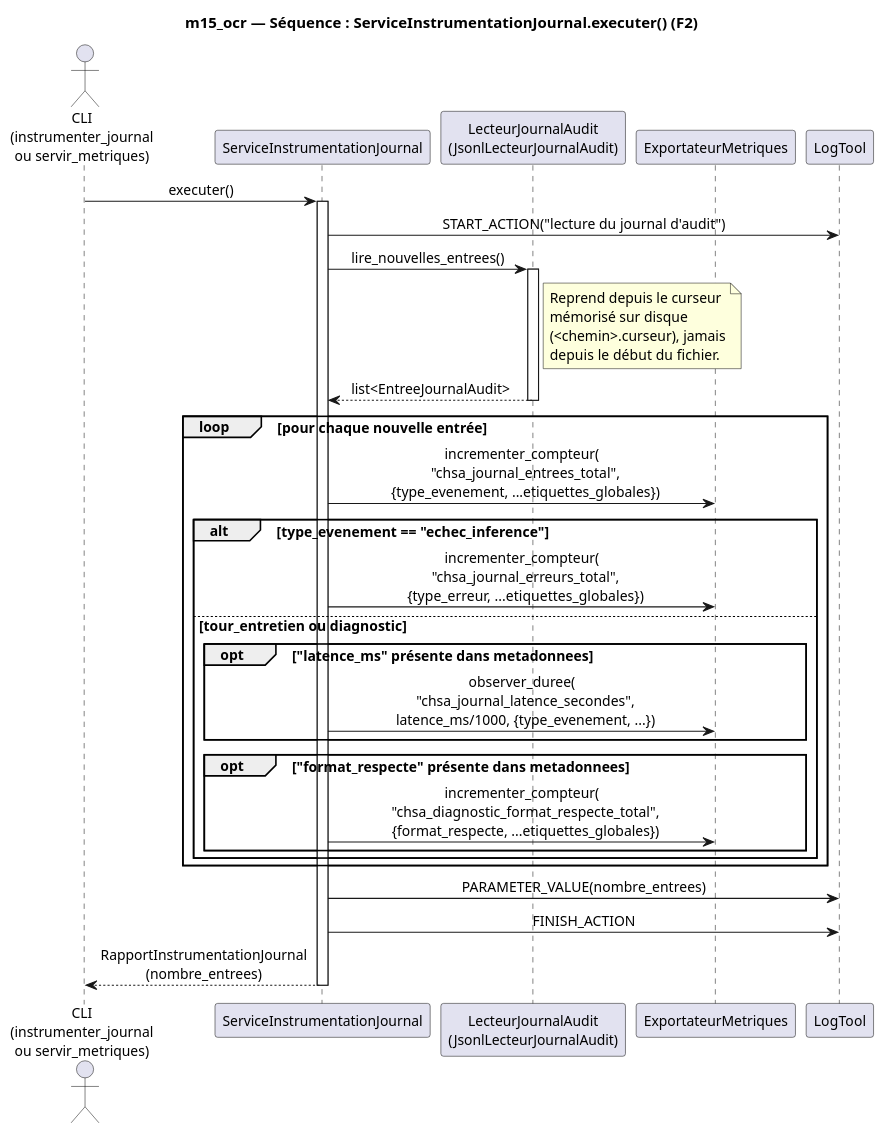
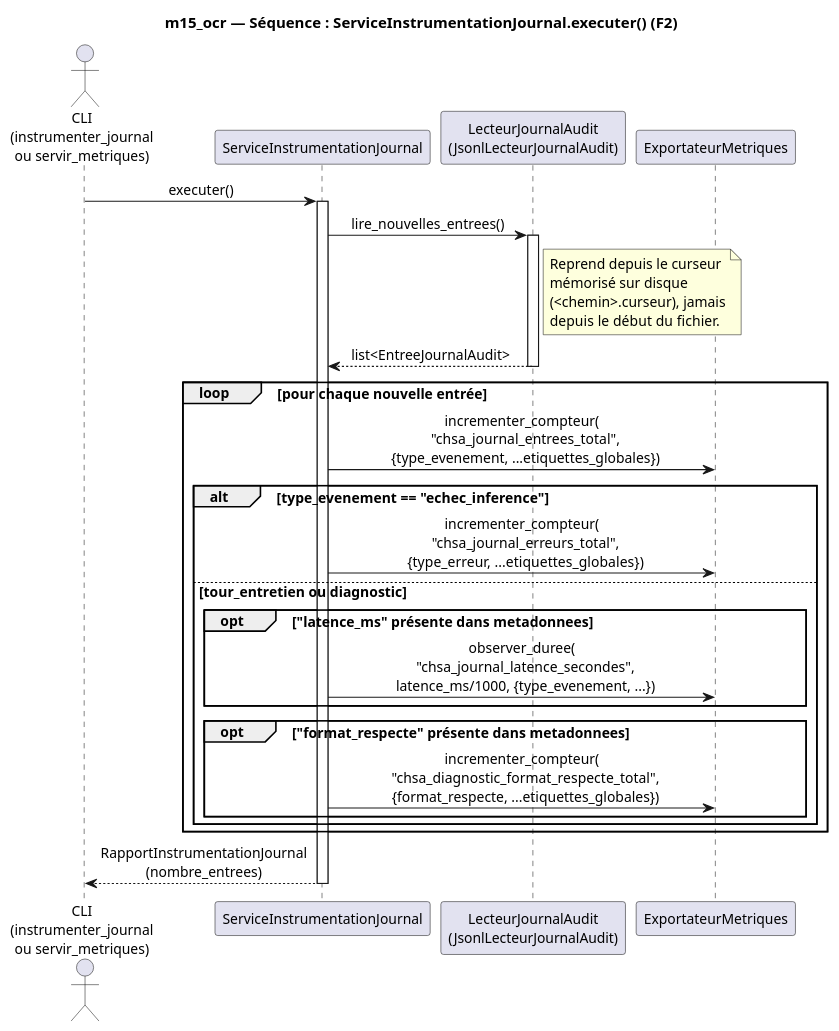
The diagram in docs/diagrams/sequence/sequence_instrumentation_journal.puml (racemartin/m15_ocr), drawn with PlantUML before and after one commit. The commit also changed 32 other files, not shown here.

Commit message:
docs: corriger le decoupage PDF des diagrammes et retirer LogTool

```diff
--- a/docs/diagrams/sequence/sequence_instrumentation_journal.puml
+++ b/docs/diagrams/sequence/sequence_instrumentation_journal.puml
@@ -1,53 +1,47 @@
 @startuml sequence_instrumentation_journal
 skinparam backgroundColor white
 skinparam defaultFontName Helvetica
 skinparam defaultFontSize 13
 skinparam shadowing false
 skinparam sequenceMessageAlign center
 
 title m15_ocr — Séquence : ServiceInstrumentationJournal.executer() (F2)
 
 actor "CLI\n(instrumenter_journal\nou servir_metriques)" as CLI
 participant "ServiceInstrumentationJournal" as SERVICE
 participant "LecteurJournalAudit\n(JsonlLecteurJournalAudit)" as LECTEUR
 participant "ExportateurMetriques" as METRIQUES
-participant "LogTool" as LOG
 
 CLI -> SERVICE : executer()
 activate SERVICE
-
-SERVICE -> LOG : START_ACTION("lecture du journal d'audit")
 
 SERVICE -> LECTEUR : lire_nouvelles_entrees()
 activate LECTEUR
 note right of LECTEUR
   Reprend depuis le curseur
   mémorisé sur disque
   (<chemin>.curseur), jamais
   depuis le début du fichier.
 end note
 LECTEUR --> SERVICE : list<EntreeJournalAudit>
 deactivate LECTEUR
 
 loop pour chaque nouvelle entrée
   SERVICE -> METRIQUES : incrementer_compteur(\n  "chsa_journal_entrees_total",\n  {type_evenement, ...etiquettes_globales})
 
   alt type_evenement == "echec_inference"
     SERVICE -> METRIQUES : incrementer_compteur(\n  "chsa_journal_erreurs_total",\n  {type_erreur, ...etiquettes_globales})
   else tour_entretien ou diagnostic
     opt "latence_ms" présente dans metadonnees
       SERVICE -> METRIQUES : observer_duree(\n  "chsa_journal_latence_secondes",\n  latence_ms/1000, {type_evenement, ...})
     end
     opt "format_respecte" présente dans metadonnees
       SERVICE -> METRIQUES : incrementer_compteur(\n  "chsa_diagnostic_format_respecte_total",\n  {format_respecte, ...etiquettes_globales})
     end
   end
 end
 
-SERVICE -> LOG : PARAMETER_VALUE(nombre_entrees)
-SERVICE -> LOG : FINISH_ACTION
-
 SERVICE --> CLI : RapportInstrumentationJournal\n(nombre_entrees)
 deactivate SERVICE
 
 @enduml
```
